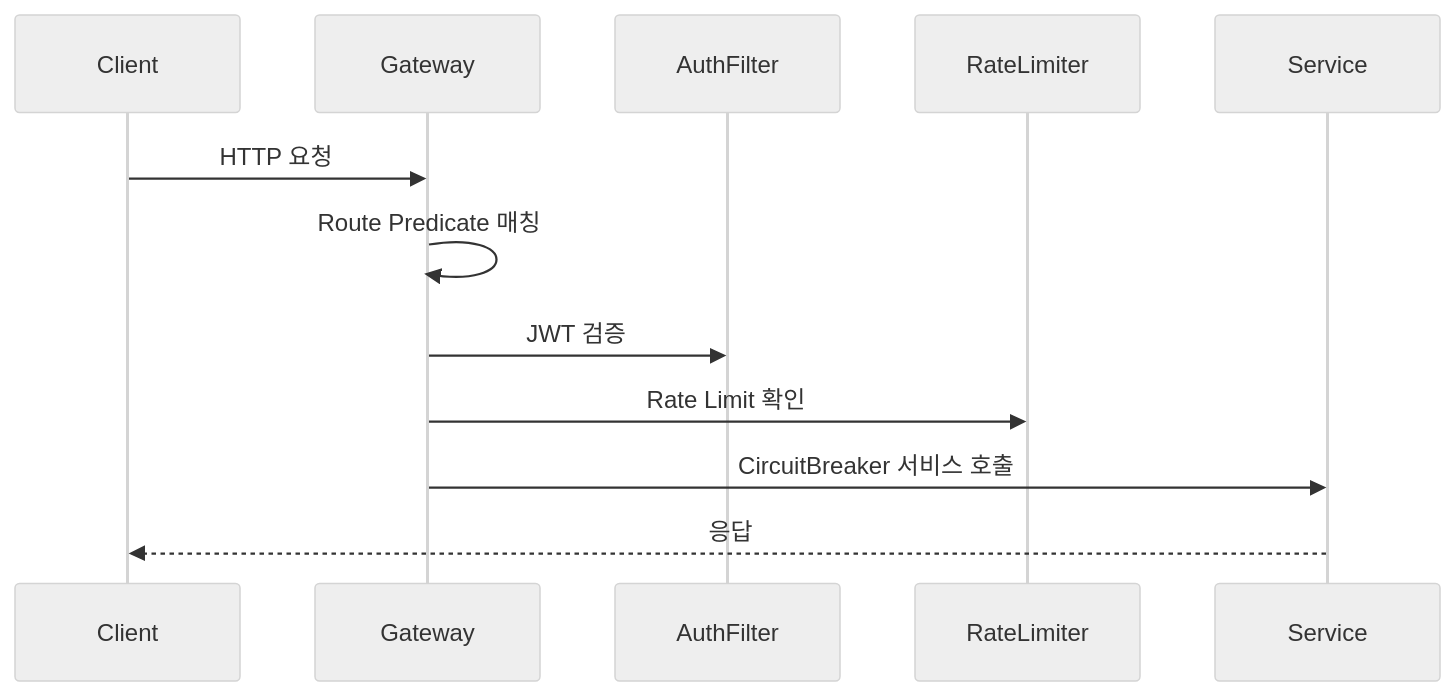
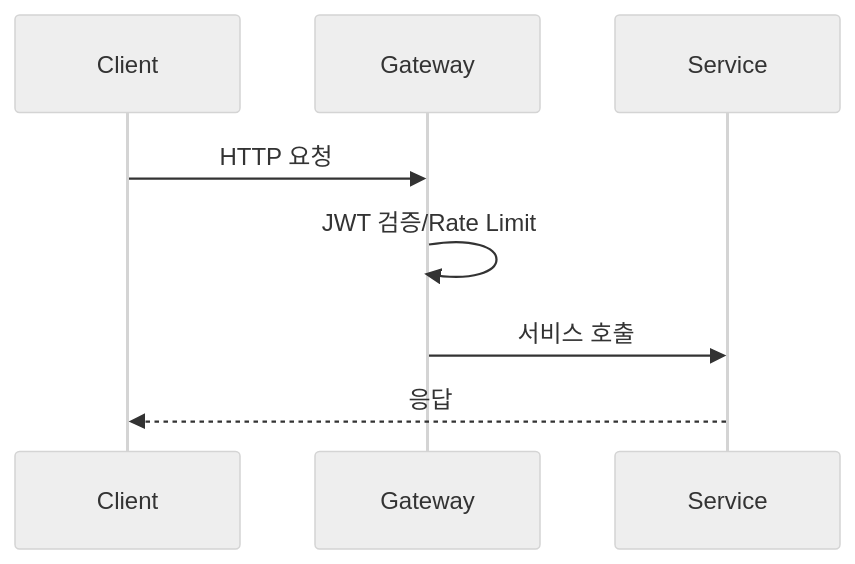
Before and after one commit to yjkim2015/yjkim2015.github.io: the third of 3 diagrams in _posts/spring/2026-05-01-spring-cloud-gateway.md, drawn with Mermaid (neutral theme). The commit also changed 155 other files, not shown here.

First line of the commit message:
Mermaid 전면 수정: subgraph 제거, participant/노드/줄수 축소 (342블록)

````diff
--- a/_posts/spring/2026-05-01-spring-cloud-gateway.md
+++ b/_posts/spring/2026-05-01-spring-cloud-gateway.md
@@ -294,14 +294,10 @@
 ```mermaid
 sequenceDiagram
     participant C as Client
     participant GW as Gateway
-    participant AUTH as AuthFilter
-    participant RL as RateLimiter
     participant SVC as Service
     C->>GW: HTTP 요청
-    GW->>GW: Route Predicate 매칭
-    GW->>AUTH: JWT 검증
-    GW->>RL: Rate Limit 확인
-    GW->>SVC: CircuitBreaker 서비스 호출
+    GW->>GW: JWT 검증/Rate Limit
+    GW->>SVC: 서비스 호출
     SVC-->>C: 응답
 ```
````
